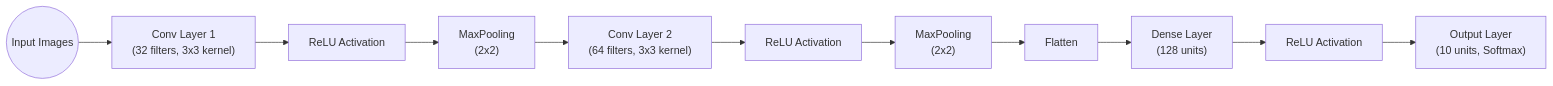
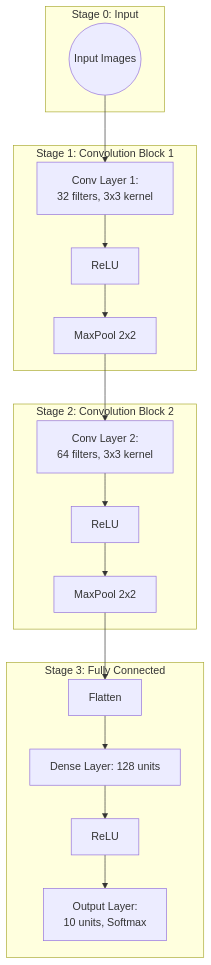
Before and after one commit to fz-rit/tls_spherical_img_segmentation: the diagram in CNN-diagram.md, drawn with Mermaid. The commit also changed other lines of this file, not shown here.

Commit message:
update CNN-diagram

````diff
--- a/CNN-diagram.md
+++ b/CNN-diagram.md
@@ -3,13 +5,34 @@
 ```mermaid
-flowchart LR
-    A((Input Images)) --> B["Conv Layer 1\n(32 filters, 3x3 kernel)"]
-    B --> C[ReLU Activation]
-    C --> D["MaxPooling\n(2x2)"]
-    D --> E["Conv Layer 2\n(64 filters, 3x3 kernel)"]
-    E --> F[ReLU Activation]
-    F --> G["MaxPooling\n(2x2)"]
-    G --> H[Flatten]
-    H --> I["Dense Layer\n(128 units)"]
-    I --> J[ReLU Activation]
-    J --> K["Output Layer\n(10 units, Softmax)"]
+flowchart TB
+    %% Define subgraph for input
+    subgraph Stage 0: Input
+        A((Input Images))
+    end
+
+    %% Define subgraph for first convolutional block
+    subgraph Stage 1: Convolution Block 1
+        B[Conv Layer 1: <br>32 filters, 3x3 kernel]
+        C[ReLU]
+        D[MaxPool 2x2]
+    end
+
+    %% Define subgraph for second convolutional block
+    subgraph Stage 2: Convolution Block 2
+        E[Conv Layer 2: <br>64 filters, 3x3 kernel]
+        F[ReLU]
+        G[MaxPool 2x2]
+    end
+
+    %% Define subgraph for fully connected (classification) part
+    subgraph Stage 3: Fully Connected
+        H[Flatten]
+        I[Dense Layer: 128 units]
+        J[ReLU]
+        K[Output Layer: <br>10 units, Softmax]
+    end
+
+    %% Show the flow
+    A --> B --> C --> D
+    D --> E --> F --> G
+    G --> H --> I --> J --> K
 ```
````
